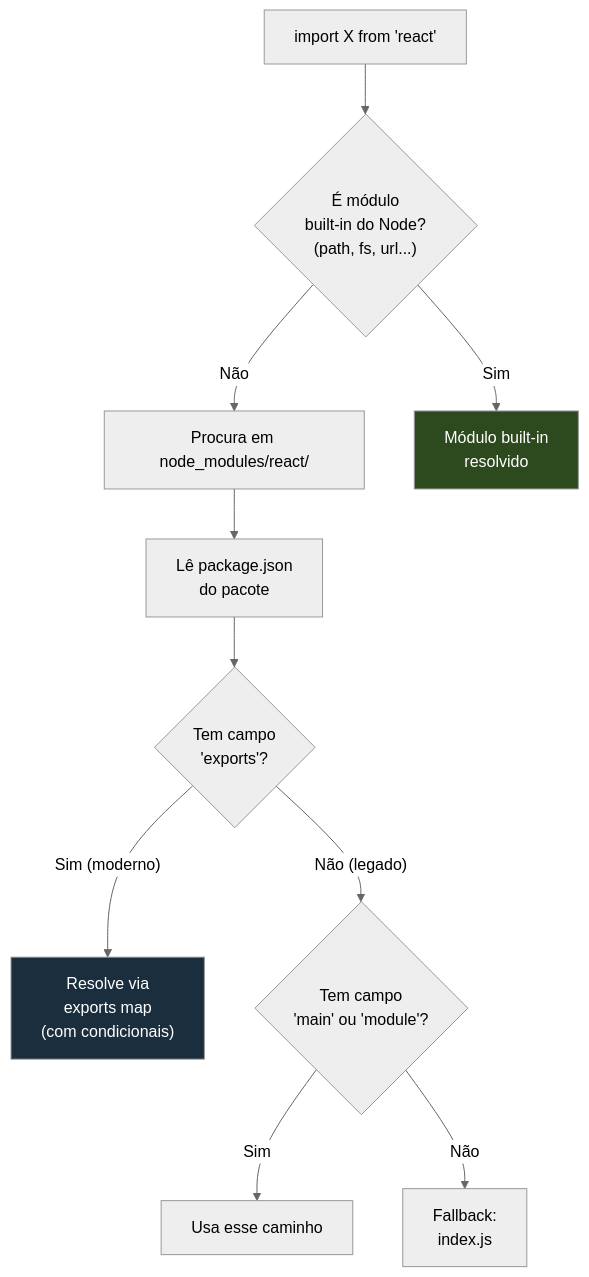
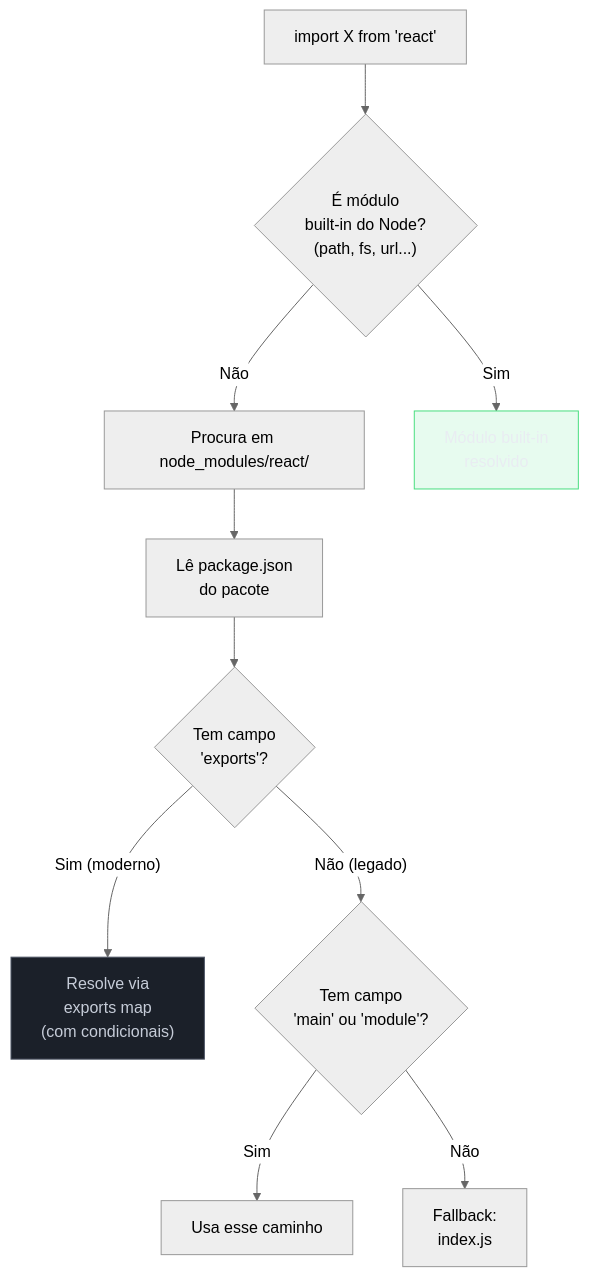
One commit to josenaldo/codex-technomanticus changed the third of 10 diagrams in 03-Dominios/Tecnologia/Tooling e Build/07 - O grafo de módulos e o que é bundling.md. Above: the diagram before and after it, drawn with Mermaid (neutral theme). The commit also changed other lines of this file and 1181 other files, not shown here.

First line of the commit message:
fix(diagramas): paleta do sistema no lugar de cor cravada no markdown

````diff
--- a/03-Dominios/Tecnologia/Tooling e Build/07 - O grafo de módulos e o que é bundling.md
+++ b/03-Dominios/Tecnologia/Tooling e Build/07 - O grafo de módulos e o que é bundling.md
@@ -184,25 +186,27 @@
 ```mermaid
 flowchart TD
+    classDef ok fill:#4ADE8021,stroke:#4ADE80,color:#E9ECF2
+    classDef neutro fill:#1B2029,stroke:#4E5666,color:#C6CCD8
     BARE["import X from 'react'"]
     CHECK_CORE{"É módulo\nbuilt-in do Node?\n(path, fs, url...)"}
     CHECK_NM["Procura em node_modules/react/"]
     PKG["Lê package.json\ndo pacote"]
     EXPORTS{"Tem campo\n'exports'?"}
     EXP_COND["Resolve via\nexports map\n(com condicionais)"]
     MAIN{"Tem campo\n'main' ou 'module'?"}
     MAIN_RESOLVE["Usa esse caminho"]
     INDEX["Fallback:\nindex.js"]
 
     BARE --> CHECK_CORE
     CHECK_CORE -->|"Sim"| RESOLVED["Módulo built-in\nresolvido"]
     CHECK_CORE -->|"Não"| CHECK_NM
     CHECK_NM --> PKG
     PKG --> EXPORTS
     EXPORTS -->|"Sim (moderno)"| EXP_COND
     EXPORTS -->|"Não (legado)"| MAIN
     MAIN -->|"Sim"| MAIN_RESOLVE
     MAIN -->|"Não"| INDEX
 
-    style RESOLVED fill:#2d4a1e,color:#fff
-    style EXP_COND fill:#1a2e3d,color:#fff
+    class RESOLVED ok
+    class EXP_COND neutro
 ```
````
